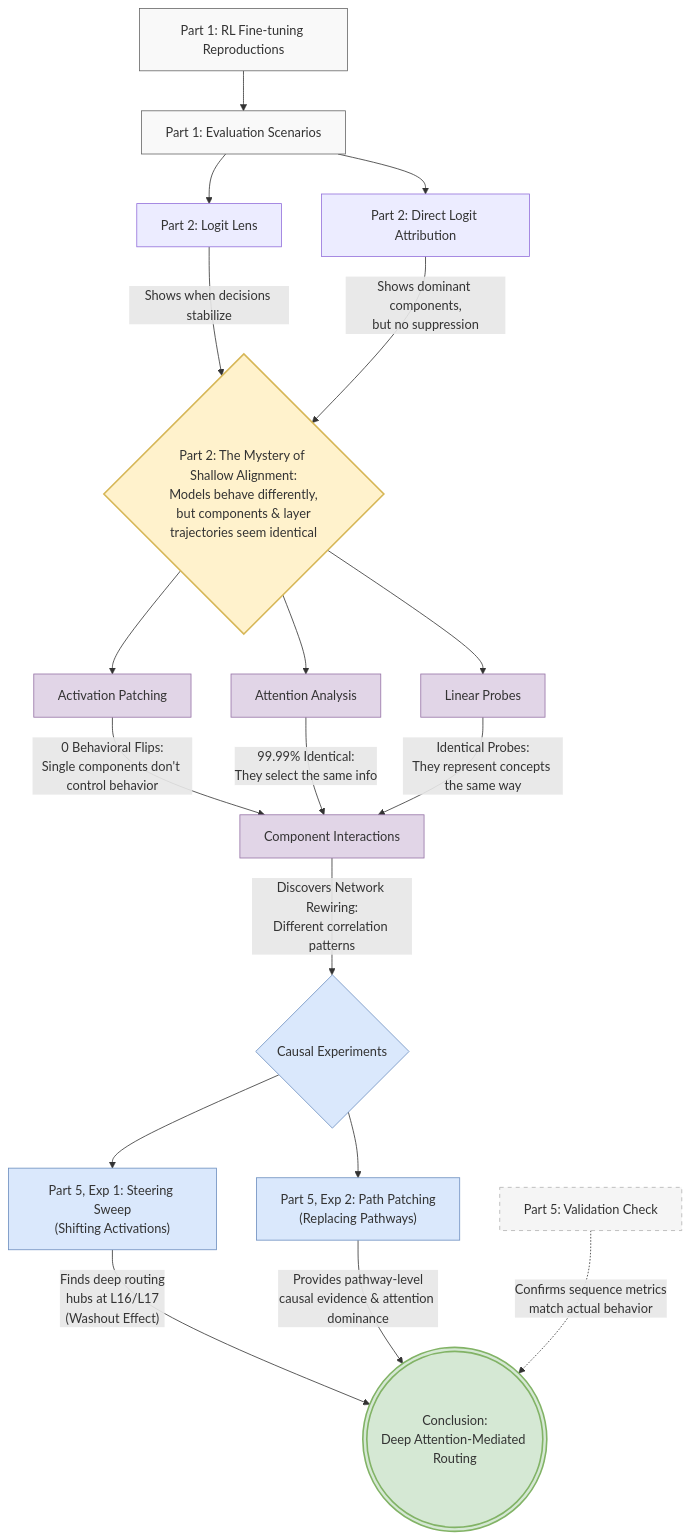
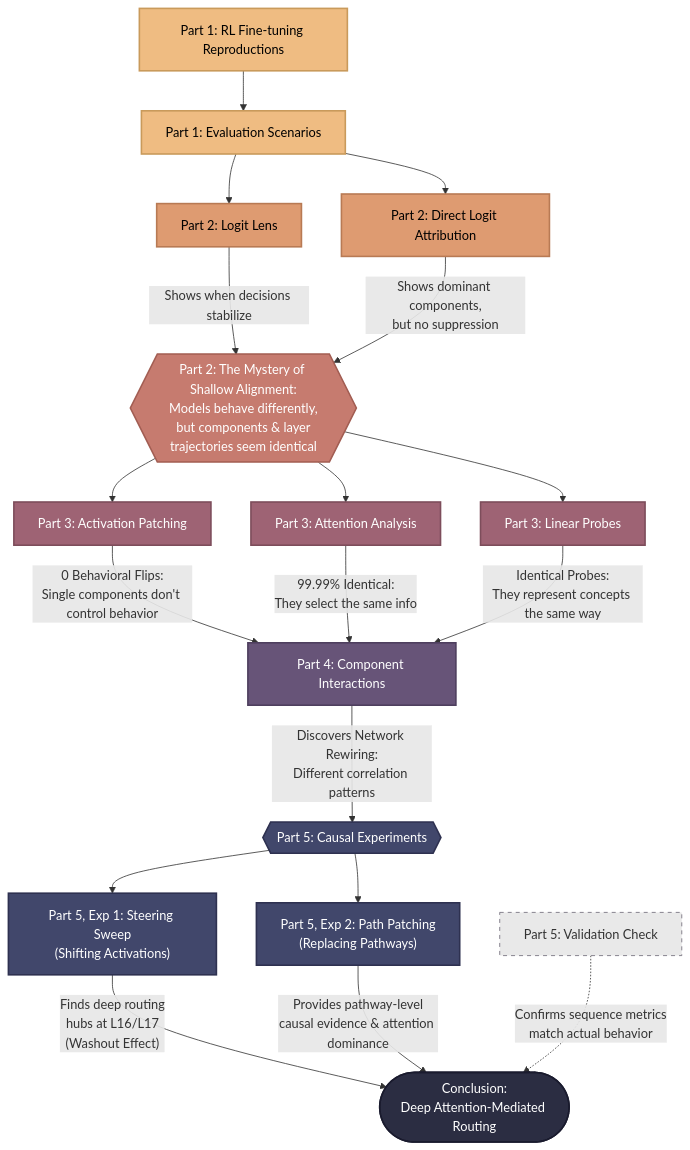
The fifth of 5 diagrams in WRITE_UP.md (tylercrosse/LLM_morality), drawn with Mermaid before and after one commit. The commit also changed other lines of this file, not shown here.

Commit message:
Tweak Mermaid diagrams

````diff
--- a/WRITE_UP.md
+++ b/WRITE_UP.md
@@ -672,57 +681,60 @@
 ```mermaid
 graph TD
-    classDef setup fill:#f9f9f9,stroke:#666,stroke-width:1px;
-    classDef feature fill:#fff2cc,stroke:#d6b656,stroke-width:2px;
-    classDef test fill:#e1d5e7,stroke:#9673a6,stroke-width:1px;
-    classDef causal fill:#dae8fc,stroke:#6c8ebf,stroke-width:1px;
-    classDef conclusion fill:#d5e8d4,stroke:#82b366,stroke-width:2px;
-    classDef validation fill:#f5f5f5,stroke:#b3b3b3,stroke-width:1px,stroke-dasharray: 5 5;
+    classDef setup fill:#EFBC82,stroke:#c99a5b,stroke-width:2px,color:#000;
+    classDef investigate fill:#DE9B71,stroke:#b87a54,stroke-width:2px,color:#000;
+    classDef mystery fill:#C67B6F,stroke:#a25d52,stroke-width:2px,color:#fff;
+    classDef test fill:#9E6374,stroke:#7d4d5b,stroke-width:2px,color:#fff;
+    classDef breakthrough fill:#675478,stroke:#4e3f5e,stroke-width:2px,color:#fff;
+    classDef causal fill:#41476B,stroke:#2e3150,stroke-width:2px,color:#fff;
+    classDef conclusion fill:#2B2D42,stroke:#1a1b2e,stroke-width:2px,color:#fff;
+    classDef validation fill:#e9e9e9,stroke:#6d6875,stroke-width:1px,stroke-dasharray: 5 5,color:#333;
 
     %% Base Setup
     FT[Part 1: RL Fine-tuning Reproductions] --> Eval[Part 1: Evaluation Scenarios]
     Eval --> LL[Part 2: Logit Lens]
     Eval --> DLA[Part 2: Direct Logit Attribution]
 
     class FT,Eval setup;
+    class LL,DLA investigate;
 
     %% The Mystery
-    LL -- Shows when decisions stabilize --> Mystery{Part 2: The Mystery of Shallow Alignment:<br>Models behave differently,<br>but components & layer<br>trajectories seem identical}
+    LL -- Shows when decisions stabilize --> Mystery{{Part 2: The Mystery of Shallow Alignment:<br>Models behave differently,<br>but components & layer<br>trajectories seem identical}}
     DLA -- Shows dominant components,<br>but no suppression --> Mystery
 
-    class Mystery feature;
+    class Mystery mystery;
 
     %% Hypothesis Testing
-    Mystery --> AP[Activation Patching]
-    Mystery --> Attn[Attention Analysis]
-    Mystery --> Probes[Linear Probes]
+    Mystery --> AP[Part 3: Activation Patching]
+    Mystery --> Attn[Part 3: Attention Analysis]
+    Mystery --> Probes[Part 3: Linear Probes]
 
     class AP,Attn,Probes test;
 
     %% Null Results -> New Hypothesis
-    AP -- "0 Behavioral Flips:<br>Single components don't control behavior" --> Interact[Component Interactions]
+    AP -- "0 Behavioral Flips:<br>Single components don't control behavior" --> Interact[Part 4: Component Interactions]
     Attn -- "99.99% Identical:<br>They select the same info" --> Interact
     Probes -- "Identical Probes:<br>They represent concepts the same way" --> Interact
 
-    class Interact test;
+    class Interact breakthrough;
 
     %% The Breakthrough
-    Interact -- "Discovers Network Rewiring:<br>Different correlation patterns" --> Causal{Causal Experiments}
+    Interact -- "Discovers Network Rewiring:<br>Different correlation patterns" --> Causal{{Part 5: Causal Experiments}}
 
     class Causal causal;
 
     %% Testing the Mechanism
     Causal --> Exp1["Part 5, Exp 1: Steering Sweep<br>(Shifting Activations)"]
     Causal --> Exp2["Part 5, Exp 2: Path Patching<br>(Replacing Pathways)"]
 
     class Exp1,Exp2 causal;
 
     %% Final Conclusions
-    Exp1 -- Finds deep routing<br>hubs at L16/L17<br>(Washout Effect) --> Conclusion(((Conclusion:<br>Deep Attention-Mediated Routing)))
+    Exp1 -- Finds deep routing<br>hubs at L16/L17<br>(Washout Effect) --> Conclusion([Conclusion:<br>Deep Attention-Mediated Routing])
     Exp2 -- Provides pathway-level<br>causal evidence & attention dominance --> Conclusion
 
     %% Validation
     Val[Part 5: Validation Check] -. Confirms sequence metrics<br>match actual behavior .-> Conclusion
 
     class Conclusion conclusion;
     class Val validation;
 ```
````
